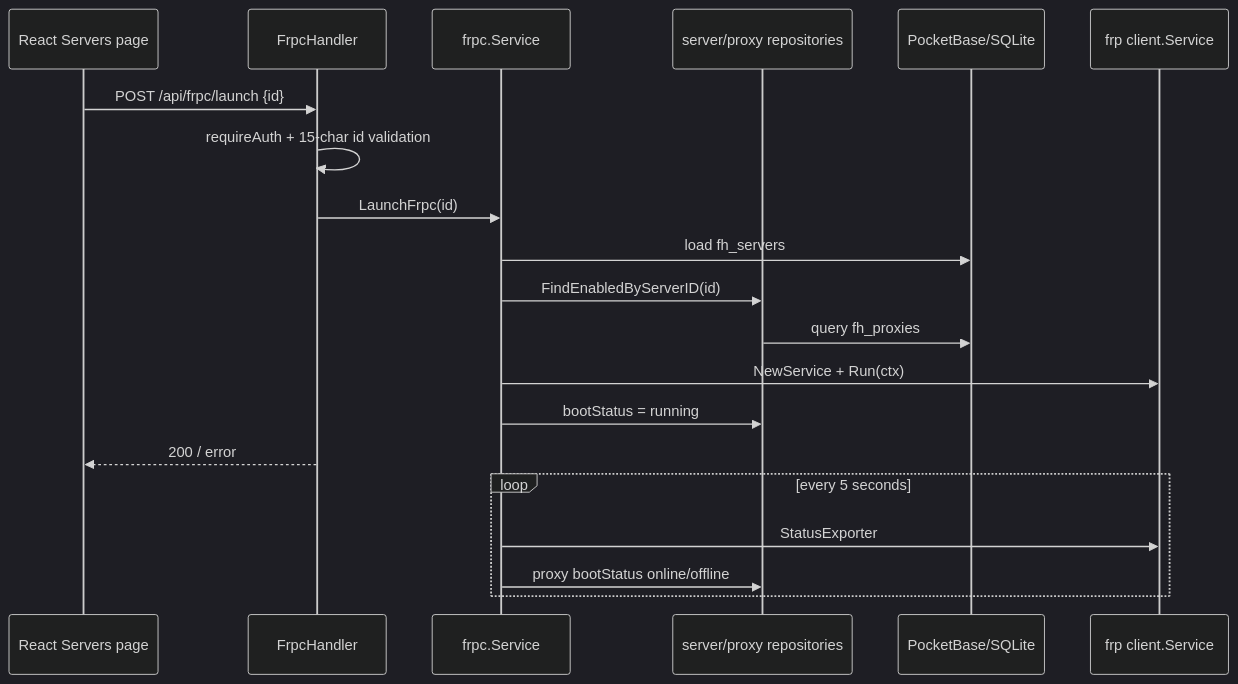
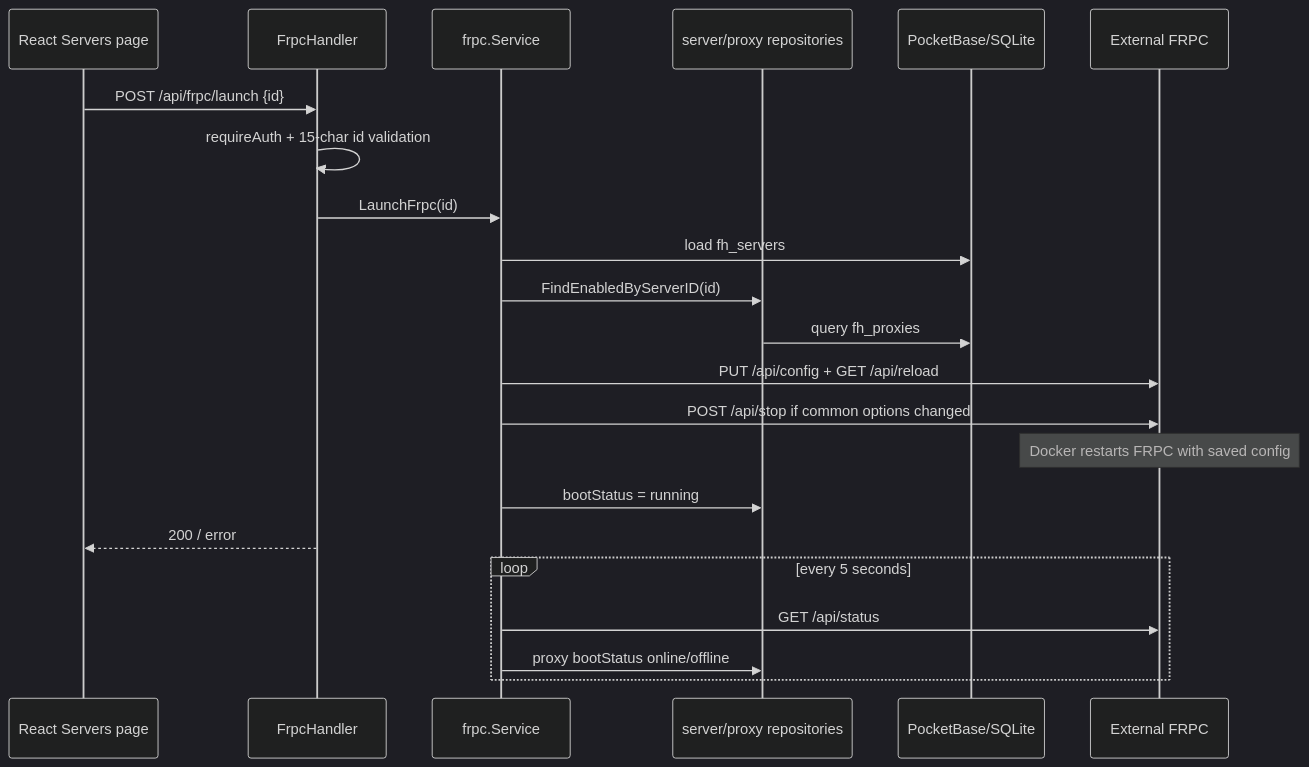
One commit to vitalyor/podux changed the second of 3 diagrams in development/architecture.md. Above: the diagram before and after it, drawn with Mermaid (dark theme). The commit also changed other lines of this file and 69 other files, not shown here.

Commit message:
feat: publish localized Podux with external FRPC packages

````diff
--- a/development/architecture.md
+++ b/development/architecture.md
@@ -35,22 +35,24 @@
 ```mermaid
 sequenceDiagram
   participant UI as React Servers page
   participant H as FrpcHandler
   participant S as frpc.Service
   participant R as server/proxy repositories
   participant DB as PocketBase/SQLite
-  participant C as frp client.Service
+  participant C as External FRPC
   UI->>H: POST /api/frpc/launch {id}
   H->>H: requireAuth + 15-char id validation
   H->>S: LaunchFrpc(id)
   S->>DB: load fh_servers
   S->>R: FindEnabledByServerID(id)
   R->>DB: query fh_proxies
-  S->>C: NewService + Run(ctx)
+  S->>C: PUT /api/config + GET /api/reload
+  S->>C: POST /api/stop if common options changed
+  Note over C: Docker restarts FRPC with saved config
   S->>R: bootStatus = running
   H-->>UI: 200 / error
   loop every 5 seconds
-    S->>C: StatusExporter
+    S->>C: GET /api/status
     S->>R: proxy bootStatus online/offline
   end
 ```
````
